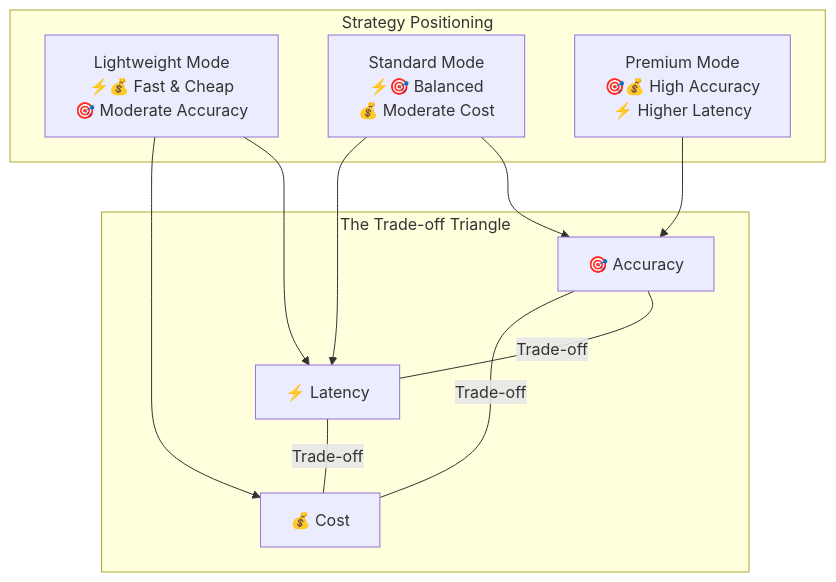
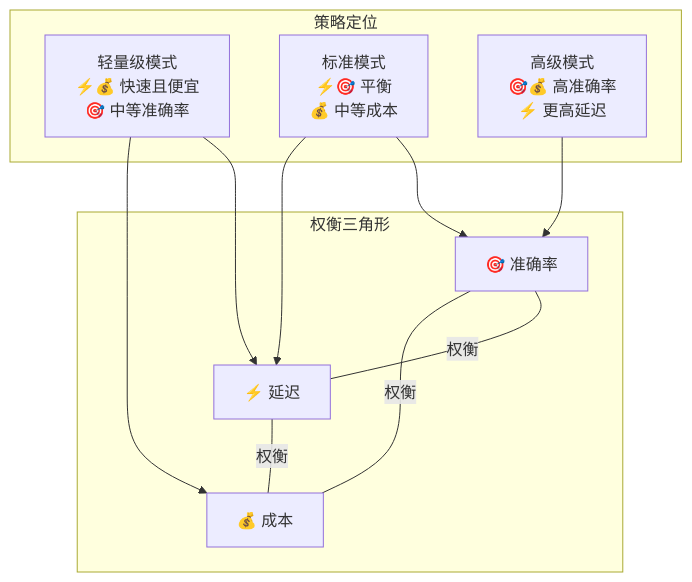
One commit to vllm-project/semantic-router changed the third of 7 diagrams in website/i18n/zh-Hans/docusaurus-plugin-content-docs/version-v0.1/proposals/hallucination-mitigation-milestone.md. Above: the diagram before and after it, drawn with Mermaid. The commit also changed other lines of this file and 7 other files, not shown here.

````diff
--- a/website/i18n/zh-Hans/docusaurus-plugin-content-docs/version-v0.1/proposals/hallucination-mitigation-milestone.md
+++ b/website/i18n/zh-Hans/docusaurus-plugin-content-docs/version-v0.1/proposals/hallucination-mitigation-milestone.md
@@ -302,24 +302,24 @@
 ```mermaid
 graph TD
-    subgraph "The Trade-off Triangle"
-        ACC[🎯 Accuracy]
-        LAT[⚡ Latency]
-        COST[💰 Cost]
+    subgraph "权衡三角形"
+        ACC[🎯 准确率]
+        LAT[⚡ 延迟]
+        COST[💰 成本]
 
-        ACC ---|Trade-off| LAT
-        LAT ---|Trade-off| COST
-        COST ---|Trade-off| ACC
+        ACC ---|权衡| LAT
+        LAT ---|权衡| COST
+        COST ---|权衡| ACC
     end
 
-    subgraph "Strategy Positioning"
-        L[Lightweight Mode<br/>⚡💰 Fast & Cheap<br/>🎯 Moderate Accuracy]
-        S[Standard Mode<br/>⚡🎯 Balanced<br/>💰 Moderate Cost]
-        P[Premium Mode<br/>🎯💰 High Accuracy<br/>⚡ Higher Latency]
+    subgraph "策略定位"
+        L[轻量级模式<br/>⚡💰 快速且便宜<br/>🎯 中等准确率]
+        S[标准模式<br/>⚡🎯 平衡<br/>💰 中等成本]
+        P[高级模式<br/>🎯💰 高准确率<br/>⚡ 更高延迟]
     end
 
     L --> LAT
     L --> COST
     S --> ACC
     S --> LAT
     P --> ACC
 ```
````
